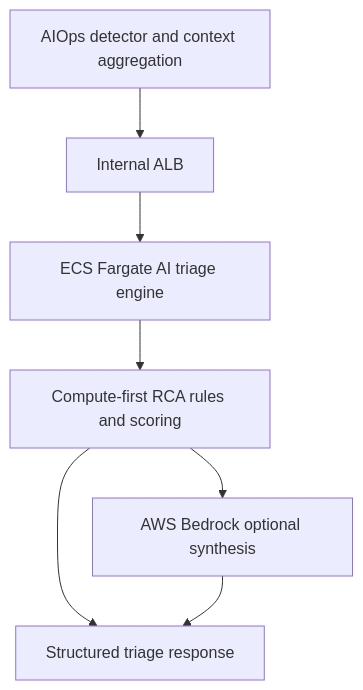
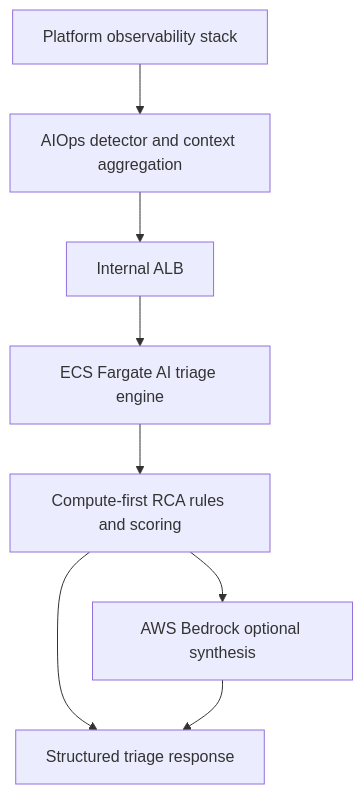
The diagram in capstone/tf-1/ai/docs/03_ai_engine_spec.md (c0mmie-b0msh3ll/xBrain-capstone2), drawn with Mermaid before and after one commit. The commit also changed other lines of this file and 7 other files, not shown here.

````diff
--- a/capstone/tf-1/ai/docs/03_ai_engine_spec.md
+++ b/capstone/tf-1/ai/docs/03_ai_engine_spec.md
@@ -186,9 +191,10 @@
 ```mermaid
 graph TB
-    Detector[AIOps detector and context aggregation] --> ALB[Internal ALB]
+    Obs[Platform observability stack] --> Context[AIOps detector and context aggregation]
+    Context --> ALB[Internal ALB]
     ALB --> ECS[ECS Fargate AI triage engine]
     ECS --> Rules[Compute-first RCA rules and scoring]
     Rules --> Response[Structured triage response]
     Rules --> Bedrock[AWS Bedrock optional synthesis]
     Bedrock --> Response
 ```
````
